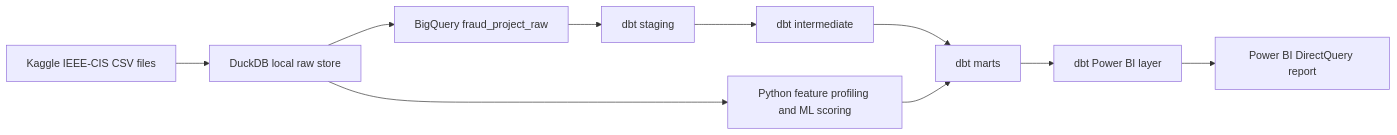
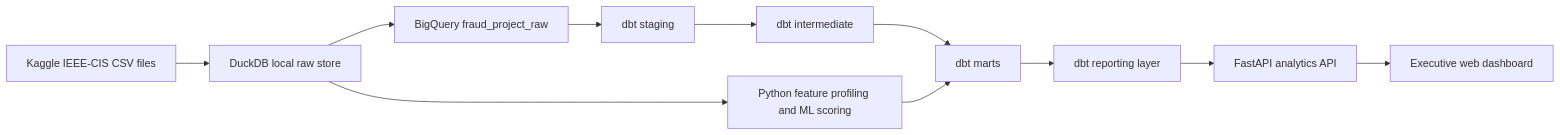
The diagram in docs/architecture.md (senanurcetin/ieee-fraud-detection-analytics), drawn with Mermaid before and after one commit. The commit also changed other lines of this file and 24 other files, not shown here.

Commit message:
Enhance live web analytics dashboard

````diff
--- a/docs/architecture.md
+++ b/docs/architecture.md
@@ -7,12 +7,13 @@
 ```mermaid
 flowchart LR
     A["Kaggle IEEE-CIS CSV files"] --> B["DuckDB local raw store"]
     B --> C["Python feature profiling and ML scoring"]
     B --> D["BigQuery fraud_project_raw"]
     D --> E["dbt staging"]
     E --> F["dbt intermediate"]
     F --> G["dbt marts"]
     C --> G
-    G --> H["dbt Power BI layer"]
-    H --> I["Power BI DirectQuery report"]
+    G --> H["dbt reporting layer"]
+    H --> I["FastAPI analytics API"]
+    I --> J["Executive web dashboard"]
 ```
````
